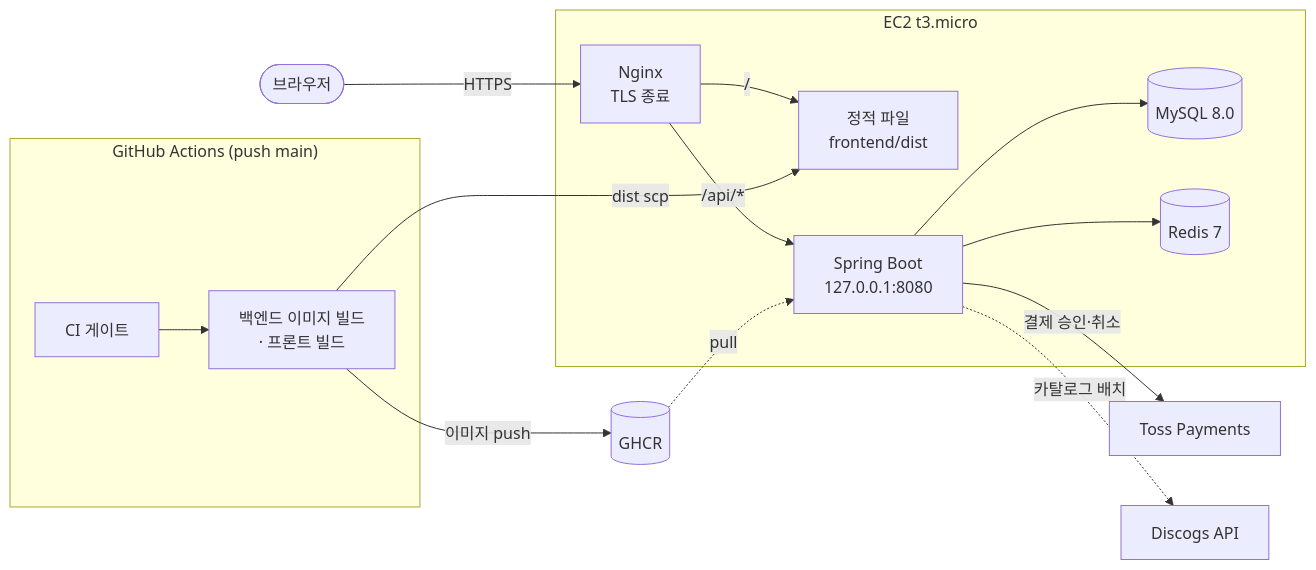
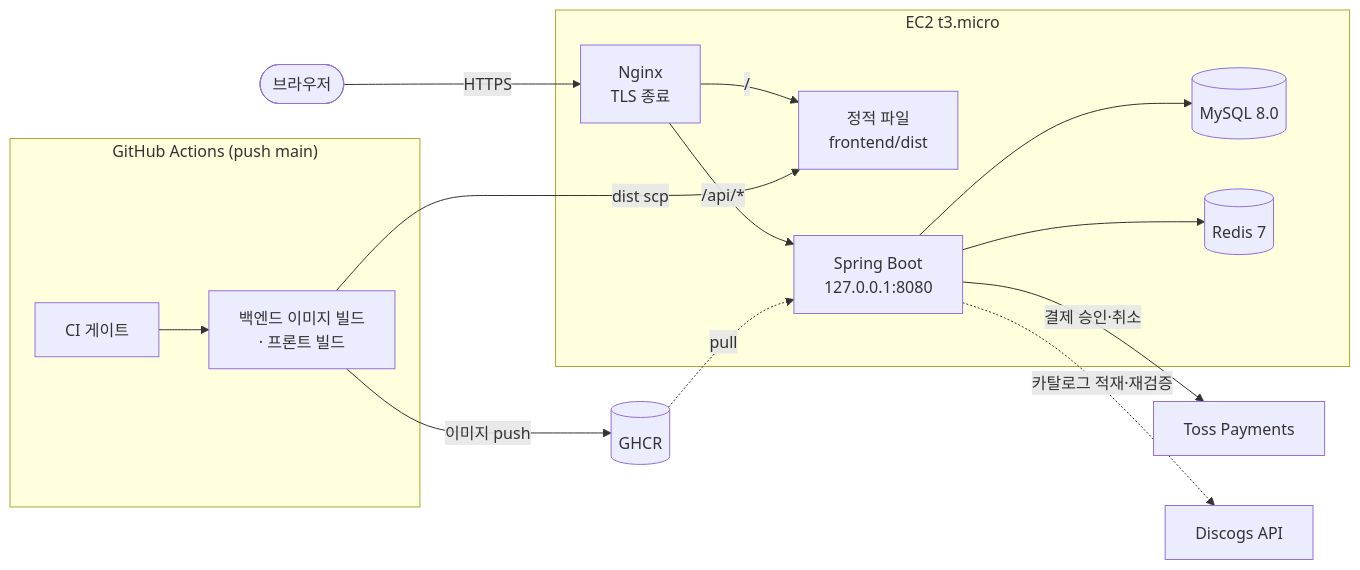
One commit to heygw44/groove changed the diagram in README.md. Above: the diagram before and after it, drawn with Mermaid. The commit also changed other lines of this file, not shown here.

First line of the commit message:
docs: 카탈로그 재검증과 프레싱 축약을 README 에 반영한다

````diff
--- a/README.md
+++ b/README.md
@@ -40,32 +41,32 @@
 ```mermaid
 flowchart LR
     User(["브라우저"])
 
     subgraph GA["GitHub Actions (push main)"]
         CIGate["CI 게이트"] --> Build["백엔드 이미지 빌드<br/>· 프론트 빌드"]
     end
 
     GHCR[("GHCR")]
 
     subgraph EC2["EC2 t3.micro"]
         Nginx["Nginx<br/>TLS 종료"]
         Static["정적 파일<br/>frontend/dist"]
         Backend["Spring Boot<br/>127.0.0.1:8080"]
         MySQL[("MySQL 8.0")]
         Redis[("Redis 7")]
         Nginx -->|"/"| Static
         Nginx -->|"/api/*"| Backend
         Backend --> MySQL
         Backend --> Redis
     end
 
     Toss["Toss Payments"]
     Discogs["Discogs API"]
 
     User -->|HTTPS| Nginx
     Backend -->|결제 승인·취소| Toss
-    Backend -. 카탈로그 배치 .-> Discogs
+    Backend -. 카탈로그 적재·재검증 .-> Discogs
     Build -->|이미지 push| GHCR
     Build -->|dist scp| Static
     GHCR -. pull .-> Backend
 ```
````
